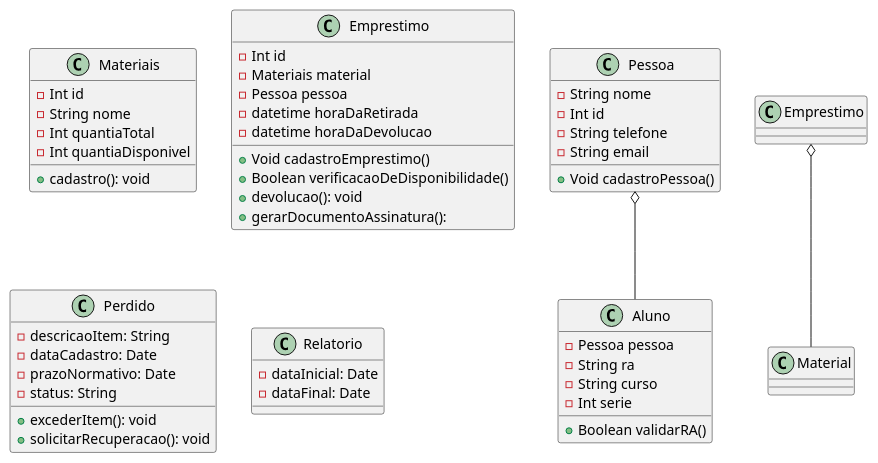
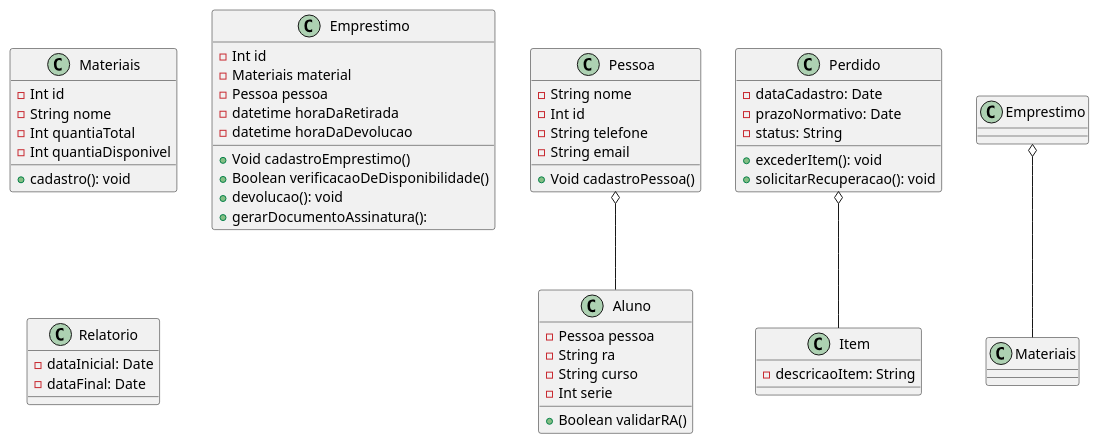
One commit to danielalvesmoura/APS-Compartilhado changed the diagram in diagramaDeClasse.puml. Above: the diagram before and after it, drawn with PlantUML.

```diff
--- a/diagramaDeClasse.puml
+++ b/diagramaDeClasse.puml
@@ -1,60 +1,64 @@
 @startuml   
 
 class "Pessoa" as pes{
     -String nome
     -Int id
     -String telefone
     -String email
 
     +Void cadastroPessoa()
 }
  
 class "Aluno" as alu{
     -Pessoa pessoa
     -String ra
     -String curso
     -Int serie
 
     +Boolean validarRA()
 }
 
 class "Materiais" as mat{
     -Int id
     -String nome
     -Int quantiaTotal
     -Int quantiaDisponivel
 
     +cadastro(): void
 }
 
 class "Emprestimo" as emp{
     -Int id
     -Materiais material
     -Pessoa pessoa
     -datetime horaDaRetirada
     -datetime horaDaDevolucao
 
     +Void cadastroEmprestimo()
     +Boolean verificacaoDeDisponibilidade()
     +devolucao(): void
     +gerarDocumentoAssinatura(): 
 }
 
 class Perdido {
-    -descricaoItem: String
     -dataCadastro: Date
     -prazoNormativo: Date
     -status: String
     +excederItem(): void
     +solicitarRecuperacao(): void
 }
 
 class Relatorio {
     -dataInicial: Date
     -dataFinal: Date
 }
 
+class Item {
+    -descricaoItem: String  
+}
+
 pes o-- alu
-Emprestimo o-- Material
+Emprestimo o-- Materiais
+Perdido o-- Item
 
 @enduml
```
